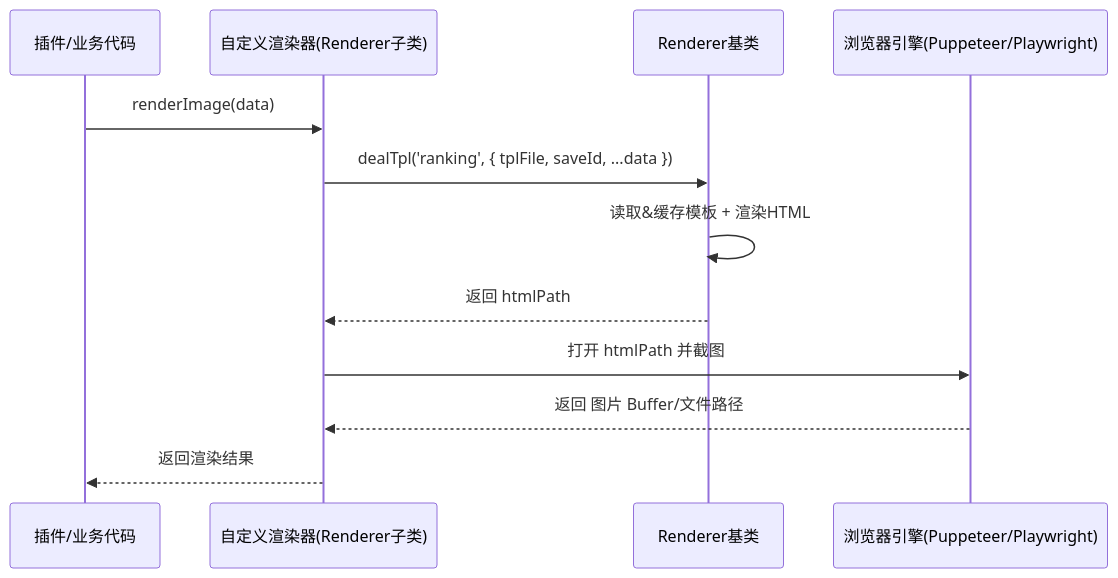
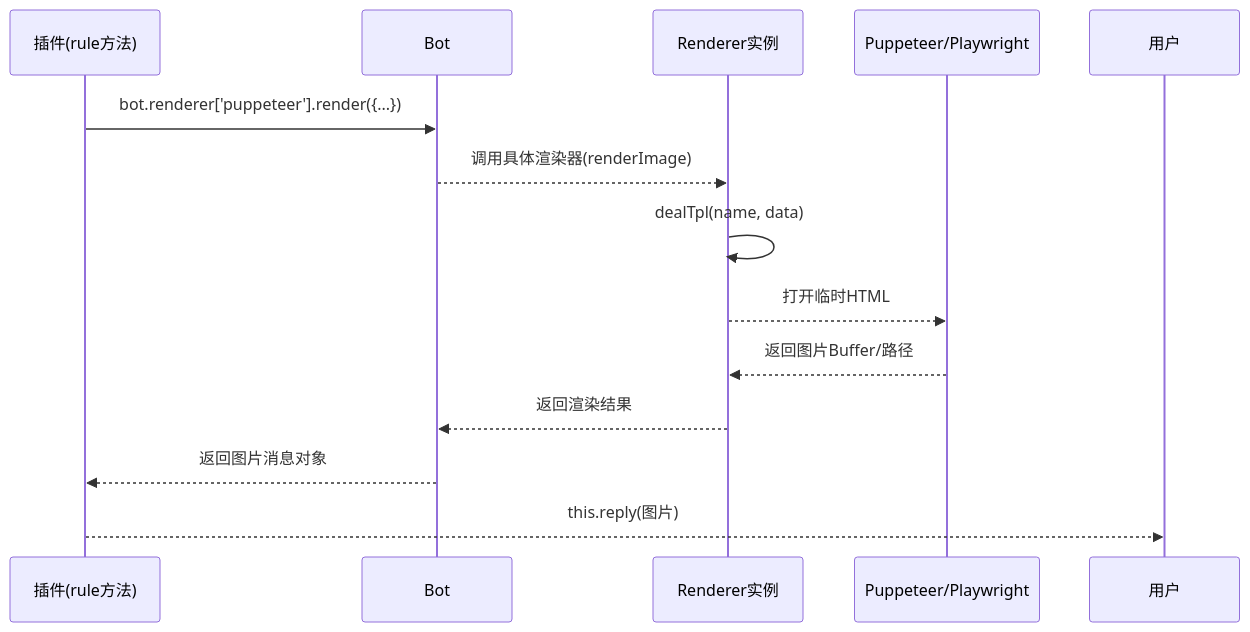
One commit to sunflowermm/XRK-AGT changed the second of 2 diagrams in docs/renderer.md. Above: the diagram before and after it, drawn with Mermaid. The commit also changed other lines of this file and 4 other files, not shown here.

````diff
--- a/docs/renderer.md
+++ b/docs/renderer.md
@@ -51,15 +88,16 @@
 ```mermaid
 sequenceDiagram
-    participant Plugin as 插件/业务代码
-    participant R as 自定义渲染器(Renderer子类)
-    participant Base as Renderer基类
-    participant Engine as 浏览器引擎(Puppeteer/Playwright)
+  participant Plugin as 插件(rule方法)
+  participant Bot as Bot
+  participant Renderer as Renderer实例
+  participant Engine as Puppeteer/Playwright
 
-    Plugin->>R: renderImage(data)
-    R->>Base: dealTpl('ranking', { tplFile, saveId, ...data })
-    Base->>Base: 读取&缓存模板 + 渲染HTML
-    Base-->>R: 返回 htmlPath
-    R->>Engine: 打开 htmlPath 并截图
-    Engine-->>R: 返回 图片 Buffer/文件路径
-    R-->>Plugin: 返回渲染结果
+  Plugin->>Bot: bot.renderer['puppeteer'].render({...})
+  Bot-->>Renderer: 调用具体渲染器(renderImage)
+  Renderer->>Renderer: dealTpl(name, data)
+  Renderer-->>Engine: 打开临时HTML
+  Engine-->>Renderer: 返回图片Buffer/路径
+  Renderer-->>Bot: 返回渲染结果
+  Bot-->>Plugin: 返回图片消息对象
+  Plugin-->>用户: this.reply(图片)
 ```
````
